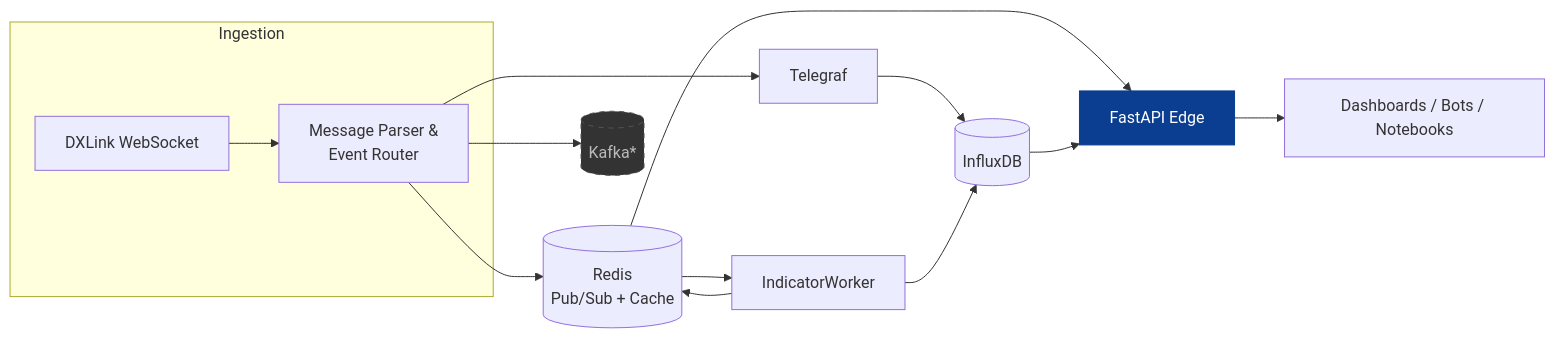
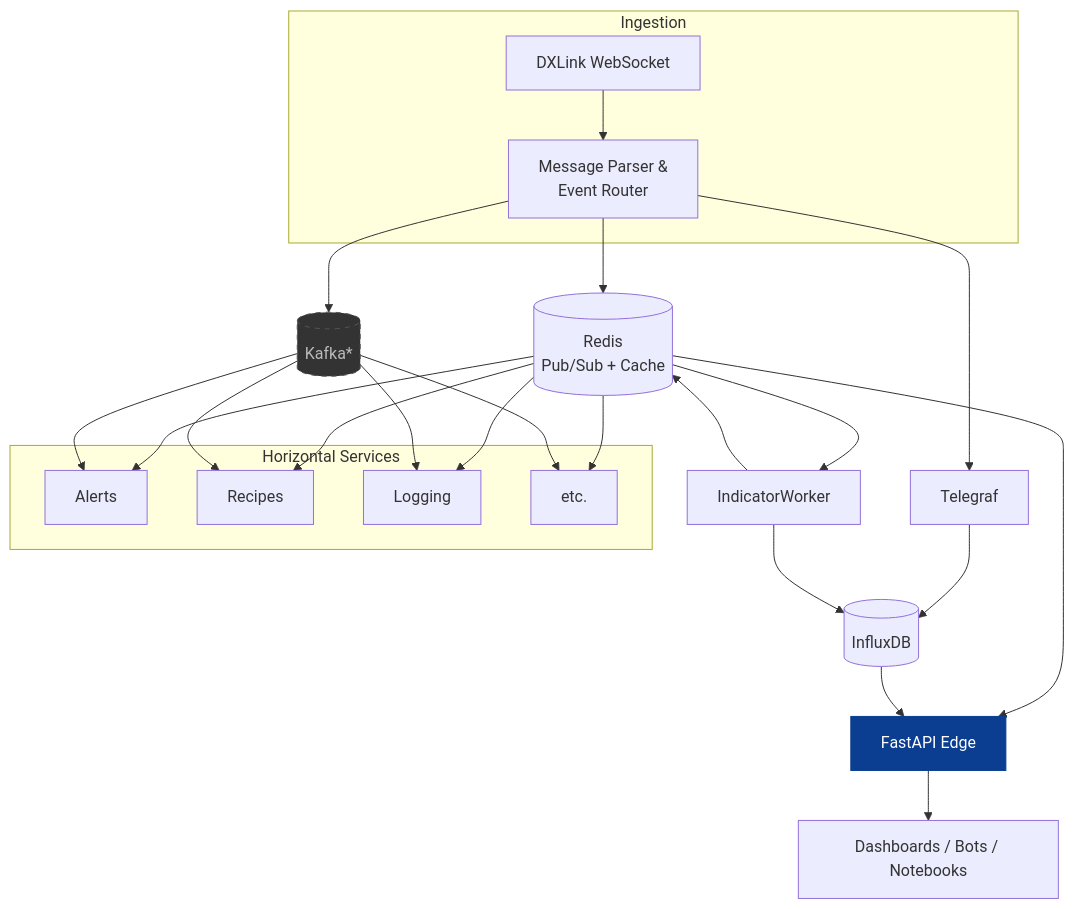
Before and after one commit to xmandeng/tastytrade_sdk: the first of 2 diagrams in README.md, drawn with Mermaid. The commit also changed other lines of this file, not shown here.

Commit message:
docs: high-level mermaid diagram TB orientation with horizontal services

````diff
--- a/README.md
+++ b/README.md
@@ -107,19 +107,45 @@
 ```mermaid
-flowchart LR
-   subgraph Ingestion
-      WS[DXLink WebSocket] --> PARSER[Message Parser &<br/>Event Router]
+flowchart TB
+   %% Ingestion Layer
+   subgraph INGEST[Ingestion]
+      WS[DXLink WebSocket]
+      PARSER[Message Parser &<br/>Event Router]
+      WS --> PARSER
    end
+
+   %% Core Spine
    PARSER --> TELEGRAF[Telegraf]
    PARSER --> REDIS[(Redis<br/>Pub/Sub + Cache)]
    PARSER --> KAFKA[(Kafka*)]
    TELEGRAF --> INFLUX[(InfluxDB)]
+
+   %% Enrichment Worker (loop back into Redis & Influx)
    REDIS --> WORKER[IndicatorWorker]
    WORKER --> REDIS
    WORKER --> INFLUX
+
+   %% Horizontal Services subscribing to bus (Redis now, Kafka later)
+   subgraph H[Horizontal Services]
+      ALERTS[Alerts]
+      RECIPES[Recipes]
+      LOGGING[Logging]
+      ETC[etc.]
+   end
+   REDIS --> ALERTS
+   REDIS --> RECIPES
+   REDIS --> LOGGING
+   REDIS --> ETC
+   KAFKA --> ALERTS
+   KAFKA --> RECIPES
+   KAFKA --> LOGGING
+   KAFKA --> ETC
+
+   %% Edge & Clients
    REDIS --> FASTAPI[FastAPI Edge]
    INFLUX --> FASTAPI
    FASTAPI --> CLIENTS[Dashboards / Bots / Notebooks]
+
    classDef opt fill:#333,stroke:#555,color:#bbb,stroke-dasharray:5 5;
    class KAFKA opt;
    style FASTAPI fill:#0b3d91,stroke:#0b3d91,color:#fff
 ```
````
